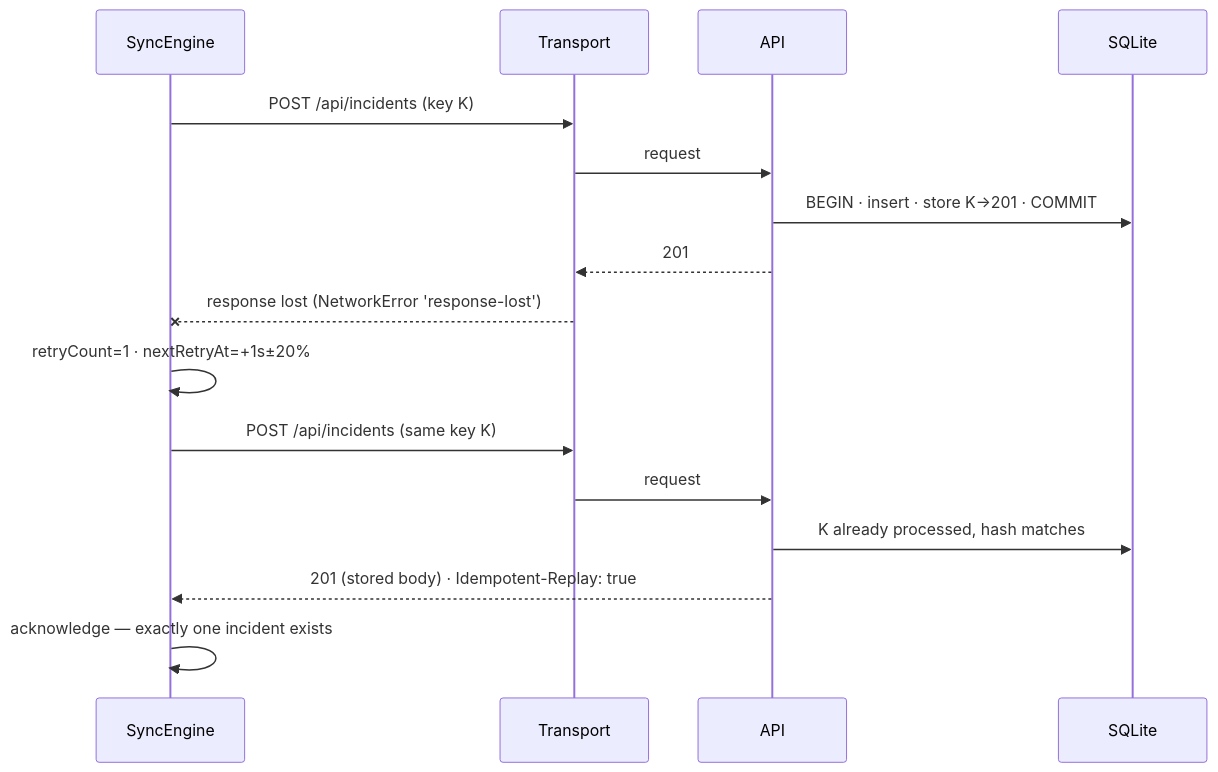
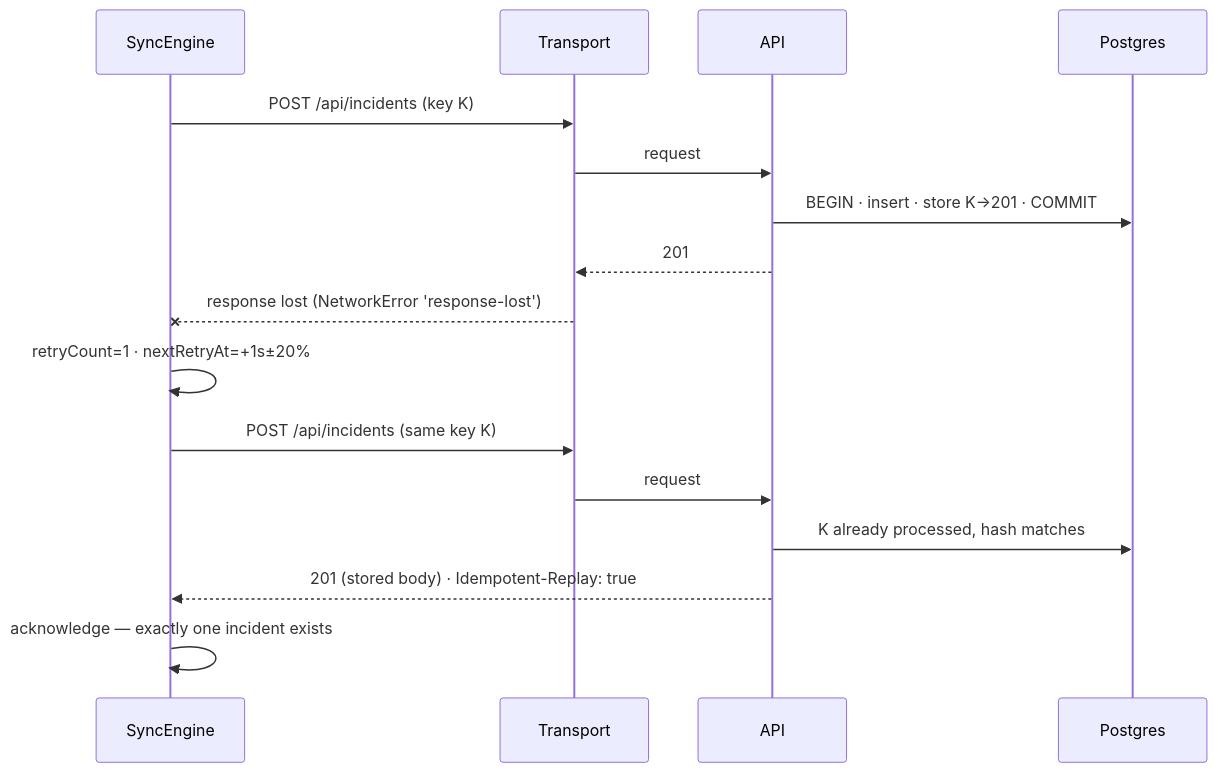
One commit to lakshaykundu/airgap-01 changed the second of 3 diagrams in docs/OFFLINE_SYNC.md. Above: the diagram before and after it, drawn with Mermaid. The commit also changed other lines of this file and 36 other files, not shown here.

````diff
--- a/docs/OFFLINE_SYNC.md
+++ b/docs/OFFLINE_SYNC.md
@@ -183,18 +183,18 @@
 ```mermaid
 sequenceDiagram
     participant E as SyncEngine
     participant T as Transport
     participant API
-    participant DB as SQLite
+    participant DB as Postgres
     E->>T: POST /api/incidents (key K)
     T->>API: request
     API->>DB: BEGIN · insert · store K→201 · COMMIT
     API-->>T: 201
     T--xE: response lost (NetworkError 'response-lost')
     E->>E: retryCount=1 · nextRetryAt=+1s±20%
     E->>T: POST /api/incidents (same key K)
     T->>API: request
     API->>DB: K already processed, hash matches
     API-->>E: 201 (stored body) · Idempotent-Replay: true
     E->>E: acknowledge — exactly one incident exists
 ```
````
